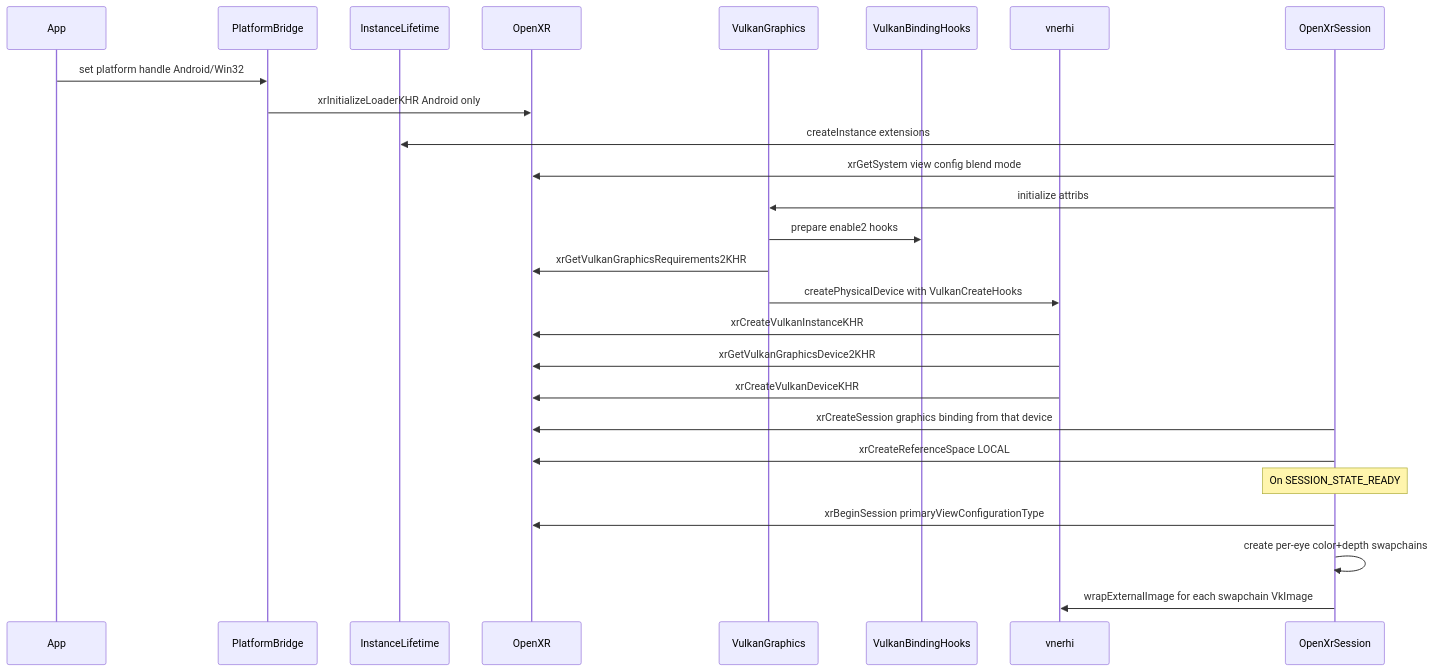
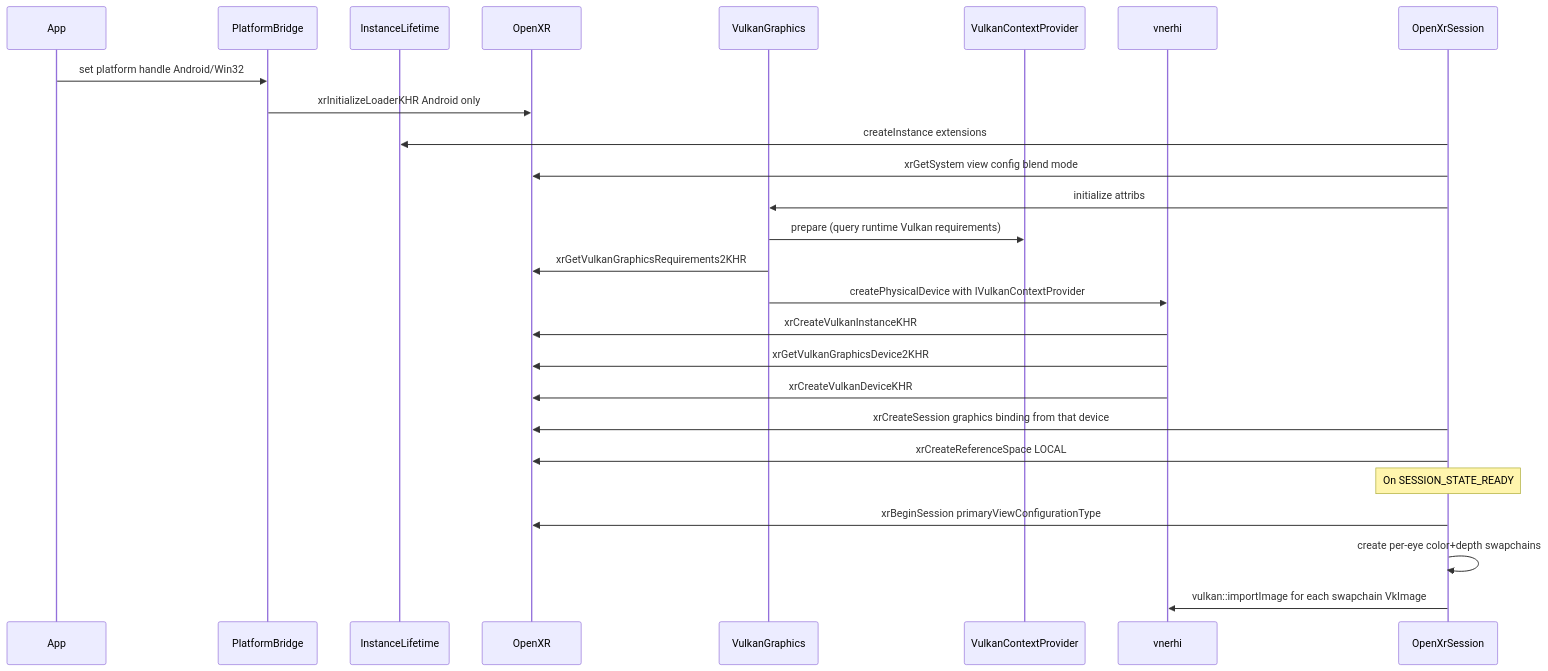
The first of 2 diagrams in docs/vertexnova/xr/openxr_design.md (vertexnova/vnexr), drawn with Mermaid before and after one commit. The commit also changed other lines of this file and 12 other files, not shown here.

First line of the commit message:
Update OpenXR Vulkan integration and refactor binding implementation

````diff
--- a/docs/vertexnova/xr/openxr_design.md
+++ b/docs/vertexnova/xr/openxr_design.md
@@ -59,29 +59,29 @@
 ```mermaid
 sequenceDiagram
   participant App
   participant Plat as PlatformBridge
   participant Life as InstanceLifetime
   participant XR as OpenXR
   participant Gfx as VulkanGraphics
-  participant Bind as VulkanBindingHooks
+  participant Bind as VulkanContextProvider
   participant RHI as vnerhi
   participant Sess as OpenXrSession
 
   App->>Plat: set platform handle Android/Win32
   Plat->>XR: xrInitializeLoaderKHR Android only
   Sess->>Life: createInstance extensions
   Sess->>XR: xrGetSystem view config blend mode
   Sess->>Gfx: initialize attribs
-  Gfx->>Bind: prepare enable2 hooks
+  Gfx->>Bind: prepare (query runtime Vulkan requirements)
   Gfx->>XR: xrGetVulkanGraphicsRequirements2KHR
-  Gfx->>RHI: createPhysicalDevice with VulkanCreateHooks
+  Gfx->>RHI: createPhysicalDevice with IVulkanContextProvider
   RHI->>XR: xrCreateVulkanInstanceKHR
   RHI->>XR: xrGetVulkanGraphicsDevice2KHR
   RHI->>XR: xrCreateVulkanDeviceKHR
   Sess->>XR: xrCreateSession graphics binding from that device
   Sess->>XR: xrCreateReferenceSpace LOCAL
   Note over Sess: On SESSION_STATE_READY
   Sess->>XR: xrBeginSession primaryViewConfigurationType
   Sess->>Sess: create per-eye color+depth swapchains
-  Sess->>RHI: wrapExternalImage for each swapchain VkImage
+  Sess->>RHI: vulkan::importImage for each swapchain VkImage
 ```
````
